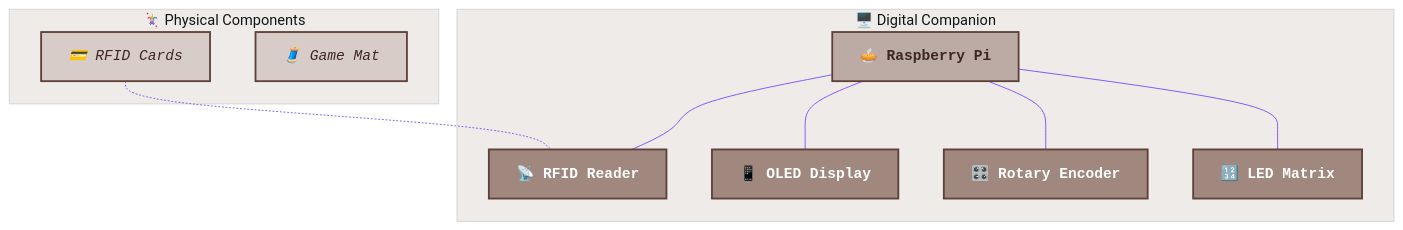
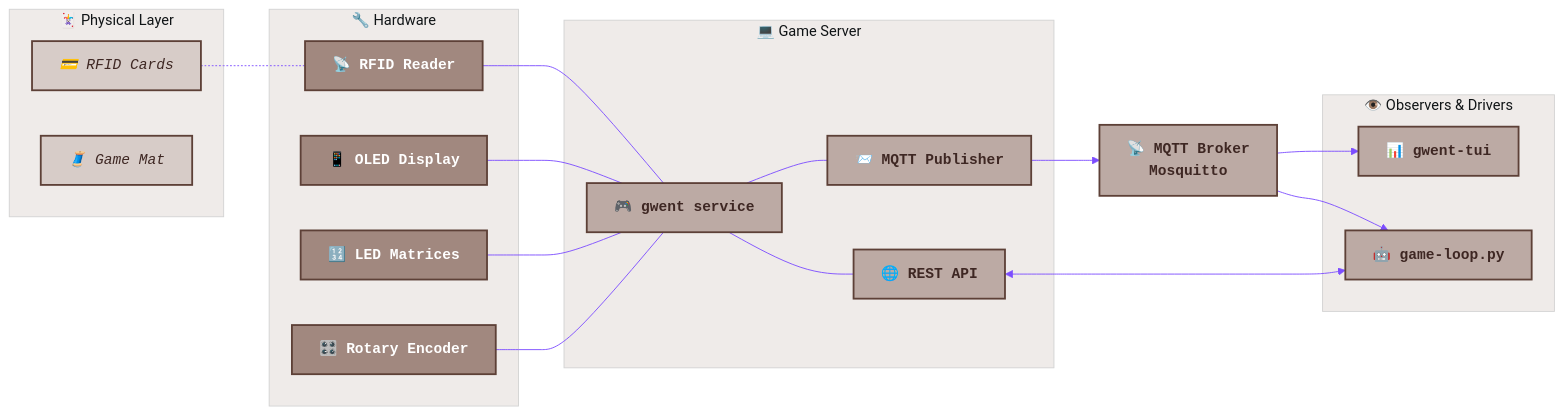
One commit to declanshanaghy/gwent changed the diagram in README.md. Above: the diagram before and after it, drawn with Mermaid. The commit also changed other lines of this file and 590 other files, not shown here.

````diff
--- a/README.md
+++ b/README.md
@@ -9,40 +9,61 @@
 ```mermaid
 %%{init: {
   'theme': 'base',
   'themeVariables': {
     'primaryColor': '#6d1a36',
     'primaryTextColor': '#333',
     'primaryBorderColor': '#7C4DFF',
     'lineColor': '#7C4DFF',
     'secondaryColor': '#D7CCC8',
     'tertiaryColor': '#EFEBE9',
     'fontFamily': 'Courier New',
     'fontSize': '16px'
   }
 }}%%
 
-graph TD
+flowchart LR
+    subgraph physical["🃏 Physical Layer"]
+        cards["💳 RFID Cards"]
+        mat["🧵 Game Mat"]
+    end
+
+    subgraph hw["🔧 Hardware"]
+        rfid["📡 RFID Reader"]
+        oled["📱 OLED Display"]
+        matrix["🔢 LED Matrices"]
+        rotary["🎛️ Rotary Encoder"]
+    end
+
+    subgraph server["💻 Game Server"]
+        gwent["🎮 gwent service"]
+        api["🌐 REST API"]
+        mqtt_pub["📨 MQTT Publisher"]
+    end
+
+    broker["📡 MQTT Broker\nMosquitto"]
+
+    subgraph clients["👁️ Observers & Drivers"]
+        tui["📊 gwent-tui"]
+        loop["🤖 game-loop.py"]
+    end
+
+    cards -.- rfid
+    rfid --- gwent
+    oled --- gwent
+    matrix --- gwent
+    rotary --- gwent
+    gwent --- api
+    gwent --- mqtt_pub
+    mqtt_pub --> broker
+    broker --> tui
+    broker --> loop
+    api <--> loop
+
     classDef hardware fill:#A1887F,stroke:#5D4037,stroke-width:2px,color:#fff,font-family:'Courier New',font-weight:bold
-    classDef cards fill:#D7CCC8,stroke:#5D4037,stroke-width:2px,color:#3E2723,font-family:'Courier New',font-style:italic
-    classDef digital fill:#BCAAA4,stroke:#5D4037,stroke-width:2px,color:#3E2723,font-family:'Courier New',font-weight:bold
-    
-    subgraph companion["🖥️ Digital Companion"]
-        rpi["🥧 Raspberry Pi"]:::digital
-        rfid["📡 RFID Reader"]:::hardware
-        display["📱 OLED Display"]:::hardware
-        rotary["🎛️ Rotary Encoder"]:::hardware
-        matrix["🔢 LED Matrix"]:::hardware
-        
-        rpi --- rfid
-        rpi --- display
-        rpi --- rotary
-        rpi --- matrix
-    end
-    
-    subgraph physical["🃏 Physical Components"]
-        cards["💳 RFID Cards"]:::cards
-        mat["🧵 Game Mat"]:::cards
-    end
-    
-    cards -.- rfid
+    classDef software fill:#BCAAA4,stroke:#5D4037,stroke-width:2px,color:#3E2723,font-family:'Courier New',font-weight:bold
+    classDef data fill:#D7CCC8,stroke:#5D4037,stroke-width:2px,color:#3E2723,font-family:'Courier New',font-style:italic
+
+    class cards,mat data
+    class rfid,oled,matrix,rotary hardware
+    class gwent,api,mqtt_pub,broker,tui,loop software
 ```
````
